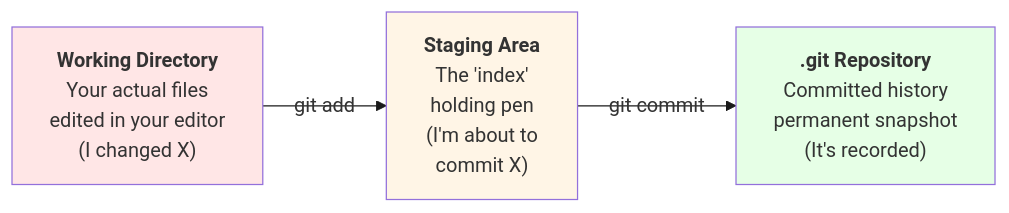
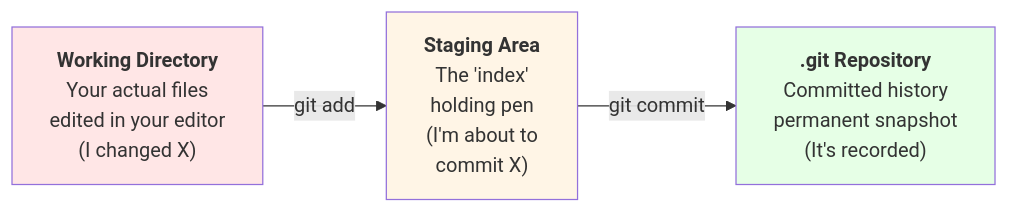
The second of 8 diagrams in 02-github/Github.md (mohammedsaif001/full-stack-engineering-notes), drawn with Mermaid before and after one commit. The commit also changed other lines of this file, not shown here.

````diff
--- a/02-github/Github.md
+++ b/02-github/Github.md
@@ -190,14 +196,14 @@
 ```mermaid
-%%{init: {'theme': 'default', 'themeVariables': { 'primaryColor': '#fff5e6', 'primaryTextColor': '#000', 'primaryBorderColor': '#1a1a1a', 'lineColor': '#1a1a1a', 'secondBkgColor': '#e6f0ff', 'tertiaryBkgColor': '#f0e6ff', 'edgeLabelBackground': {'backgroundColor': '#ffffff'}, 'tertiaryTextColor': '#000'}} }%%
+%%{init: {'theme': 'base', 'themeVariables': { 'primaryColor': '#fff5e6', 'primaryTextColor': '#000', 'primaryBorderColor': '#1a1a1a', 'lineColor': '#1a1a1a', 'tertiaryTextColor': '#000', 'tertiaryBorderColor': '#1a1a1a'}, 'securityLevel': 'loose'}} }%%
 graph LR
     WD["<b>Working Directory</b><br/>Your actual files<br/>edited in your editor<br/>(I changed X)"]
     SA["<b>Staging Area</b><br/>The 'index'<br/>holding pen<br/>(I'm about to<br/>commit X)"]
     REPO["<b>.git Repository</b><br/>Committed history<br/>permanent snapshot<br/>(It's recorded)"]
     
     WD -->|git add| SA
     SA -->|git commit| REPO
     
     style WD fill:#ffe6e6
     style SA fill:#fff5e6
     style REPO fill:#e6ffe6
 ```
````
